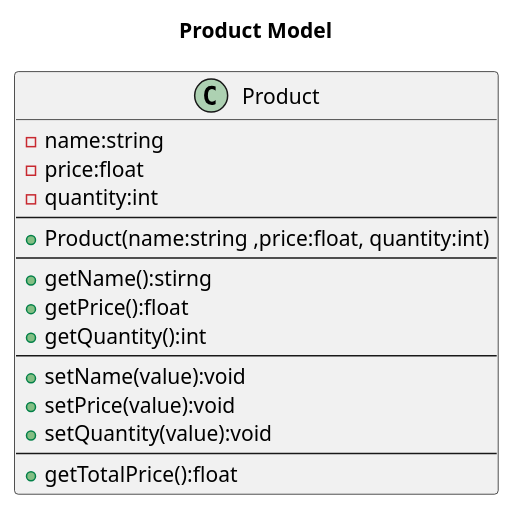
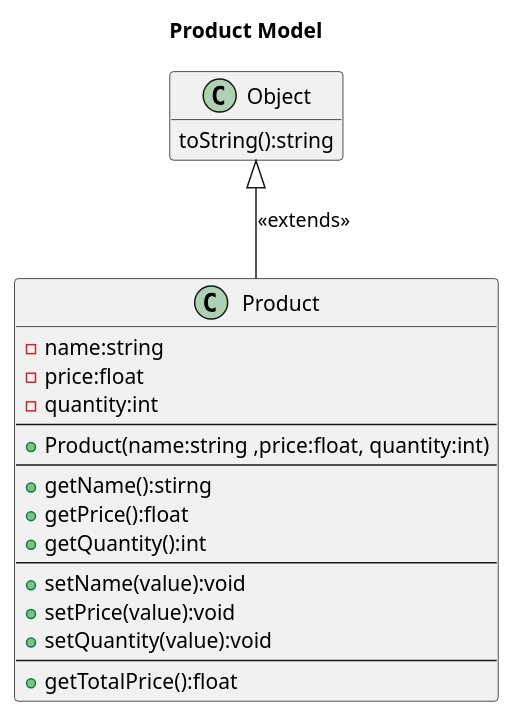
Before and after one commit to Nurettin-Kaplan/OOPExercises: the diagram in UMLs/01_ProductModel.wsd, drawn with PlantUML. The commit also changed 1 other file, not shown here.

```diff
--- a/UMLs/01_ProductModel.wsd
+++ b/UMLs/01_ProductModel.wsd
@@ -1,23 +1,31 @@
 @startuml
 
 title Product Model
 
 class Product {
     -name:string
     -price:float
     -quantity:int 
     --
     +Product(name:string ,price:float, quantity:int)
     --
     +getName():stirng
     +getPrice():float
     +getQuantity():int
     --
     +setName(value):void
     +setPrice(value):void
     +setQuantity(value):void
     --
     +getTotalPrice():float
 }
 
+class Object{
+    toString():string
+}
+
+Product -up-|> Object : "<<extends>>"
+
+hide empty members
+
 @enduml
```
